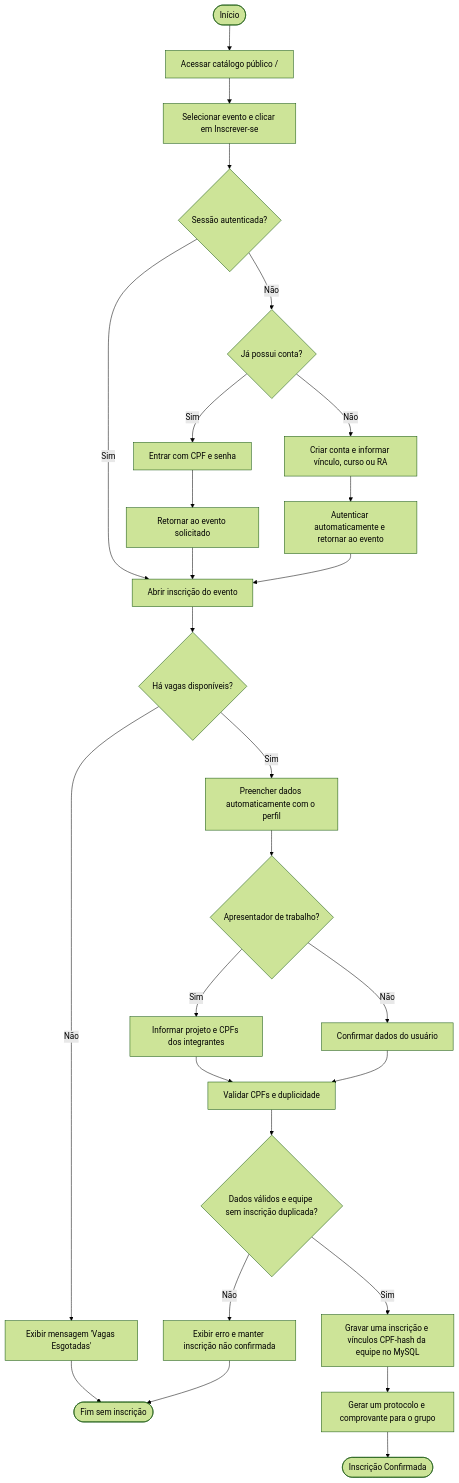
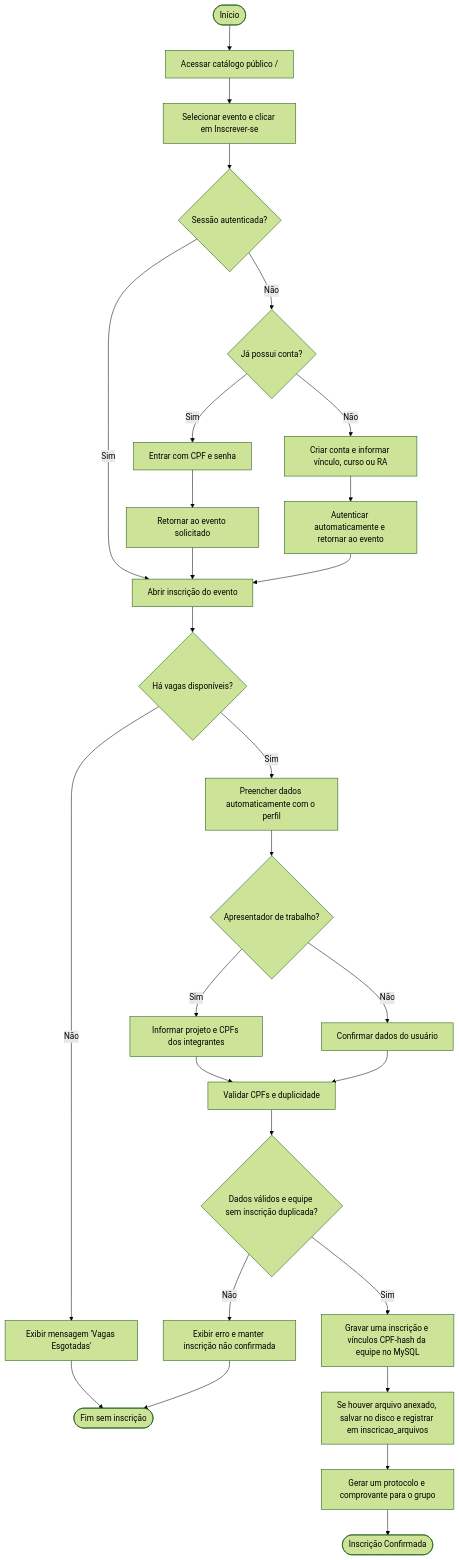
One commit to eduardomotoboy/Eventos changed the first of 3 diagrams in documentos/atividades/README.md. Above: the diagram before and after it, drawn with Mermaid (forest theme). The commit also changed 9 other files, not shown here.

````diff
--- a/documentos/atividades/README.md
+++ b/documentos/atividades/README.md
@@ -9,34 +9,35 @@
 ```mermaid
 flowchart TD
     Start([Início]) --> A[Acessar catálogo público /]
     A --> B[Selecionar evento e clicar em Inscrever-se]
     B --> C{Sessão autenticada?}
 
     C -- Não --> D{Já possui conta?}
     D -- Sim --> E[Entrar com CPF e senha]
     D -- Não --> F[Criar conta e informar vínculo, curso ou RA]
     E --> G[Retornar ao evento solicitado]
     F --> H[Autenticar automaticamente e retornar ao evento]
     C -- Sim --> I[Abrir inscrição do evento]
     G --> I
     H --> I
     I --> J{Há vagas disponíveis?}
     
     J -- Não --> K[Exibir mensagem 'Vagas Esgotadas']
     K --> EndFail([Fim sem inscrição])
     
     J -- Sim --> L[Preencher dados automaticamente com o perfil]
     L --> M{Apresentador de trabalho?}
     M -- Sim --> N[Informar projeto e CPFs dos integrantes]
     M -- Não --> O[Confirmar dados do usuário]
     N --> P[Validar CPFs e duplicidade]
     O --> P
     P --> Q{Dados válidos e equipe sem inscrição duplicada?}
     
     Q -- Não --> R[Exibir erro e manter inscrição não confirmada]
     R --> EndFail
     
     Q -- Sim --> S[Gravar uma inscrição e vínculos CPF-hash da equipe no MySQL]
-    S --> T[Gerar um protocolo e comprovante para o grupo]
+    S --> S2[Se houver arquivo anexado, salvar no disco e registrar em inscricao_arquivos]
+    S2 --> T[Gerar um protocolo e comprovante para o grupo]
     T --> EndSuccess([Inscrição Confirmada])
 ```
````
